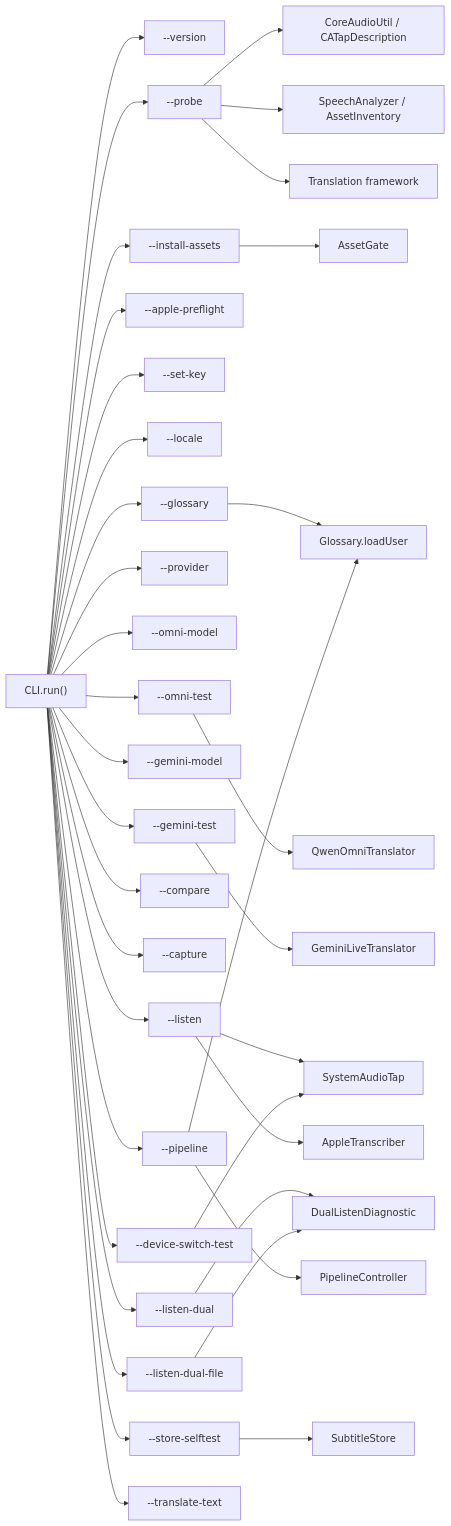
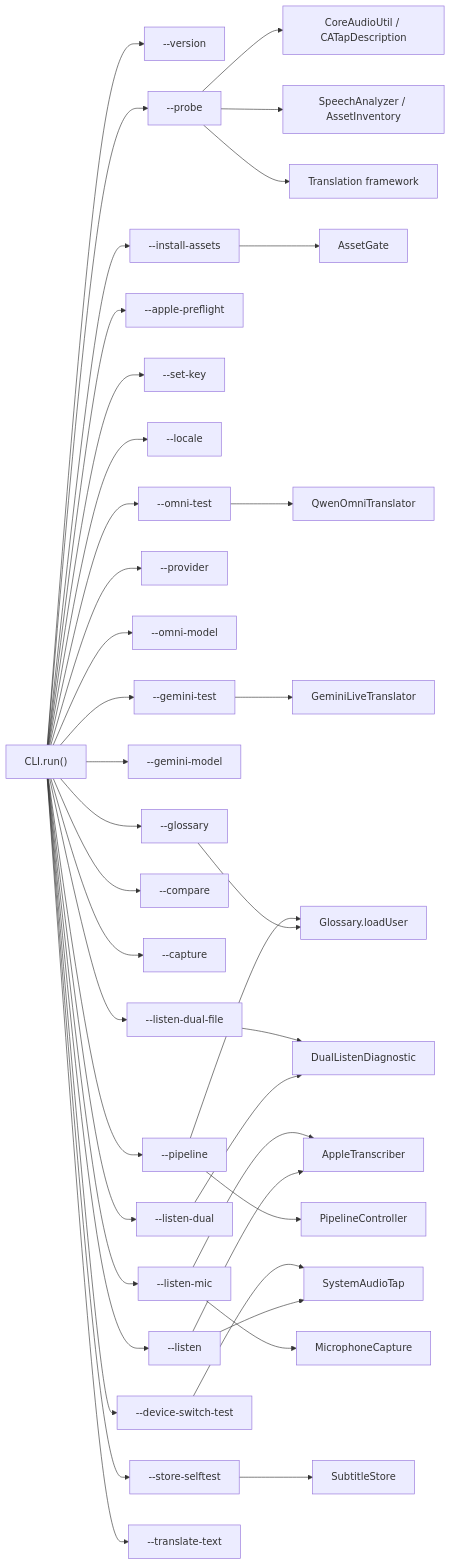
Before and after one commit to dautroc/tsuyaku: diagram 11 of 12 in docs/architecture.md, drawn with Mermaid. The commit also changed other lines of this file and 20 other files, not shown here.

````diff
--- a/docs/architecture.md
+++ b/docs/architecture.md
@@ -829,41 +900,44 @@
 ```mermaid
 flowchart LR
     CLI["CLI.run()"] --> Version["--version"]
     CLI --> Probe["--probe"]
     CLI --> Install["--install-assets"]
     CLI --> Preflight["--apple-preflight"]
     CLI --> SetKey["--set-key"]
     CLI --> Locale["--locale"]
     CLI --> GlossaryFlag["--glossary"]
     CLI --> Provider["--provider"]
     CLI --> OmniModel["--omni-model"]
     CLI --> OmniTest["--omni-test"]
     CLI --> GeminiModel["--gemini-model"]
     CLI --> GeminiTest["--gemini-test"]
     CLI --> Compare["--compare"]
     CLI --> Capture["--capture"]
     CLI --> Listen["--listen"]
     CLI --> ListenDual["--listen-dual"]
     CLI --> ListenDualFile["--listen-dual-file"]
     CLI --> Pipeline["--pipeline"]
+    CLI --> ListenMic["--listen-mic"]
     CLI --> StoreSelfTest["--store-selftest"]
     CLI --> DeviceSwitchTest["--device-switch-test"]
     CLI --> TranslateText["--translate-text"]
 
     Probe --> CoreAudio["CoreAudioUtil / CATapDescription"]
     Probe --> Speech["SpeechAnalyzer / AssetInventory"]
     Probe --> Translation["Translation framework"]
 
     Install --> AssetGate["AssetGate"]
     Listen --> SystemAudioTap["SystemAudioTap"]
     Listen --> AppleTranscriber["AppleTranscriber"]
     ListenDual --> DualListenDiagnostic["DualListenDiagnostic"]
     ListenDualFile --> DualListenDiagnostic
     Pipeline --> PipelineController["PipelineController"]
     StoreSelfTest --> SubtitleStore["SubtitleStore"]
     DeviceSwitchTest --> SystemAudioTap
     OmniTest --> QwenOmniTranslator["QwenOmniTranslator"]
     GlossaryFlag --> GlossaryParse["Glossary.loadUser"]
     Pipeline --> GlossaryParse
     GeminiTest --> GeminiLiveTranslator["GeminiLiveTranslator"]
+    ListenMic --> MicrophoneCapture["MicrophoneCapture"]
+    ListenMic --> AppleTranscriber
 ```
````
